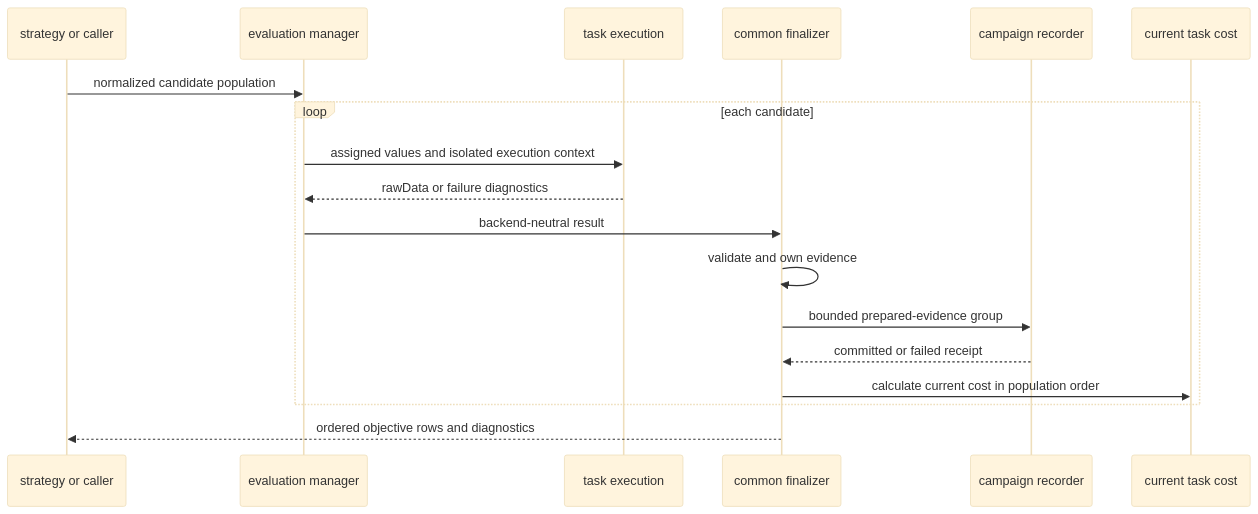
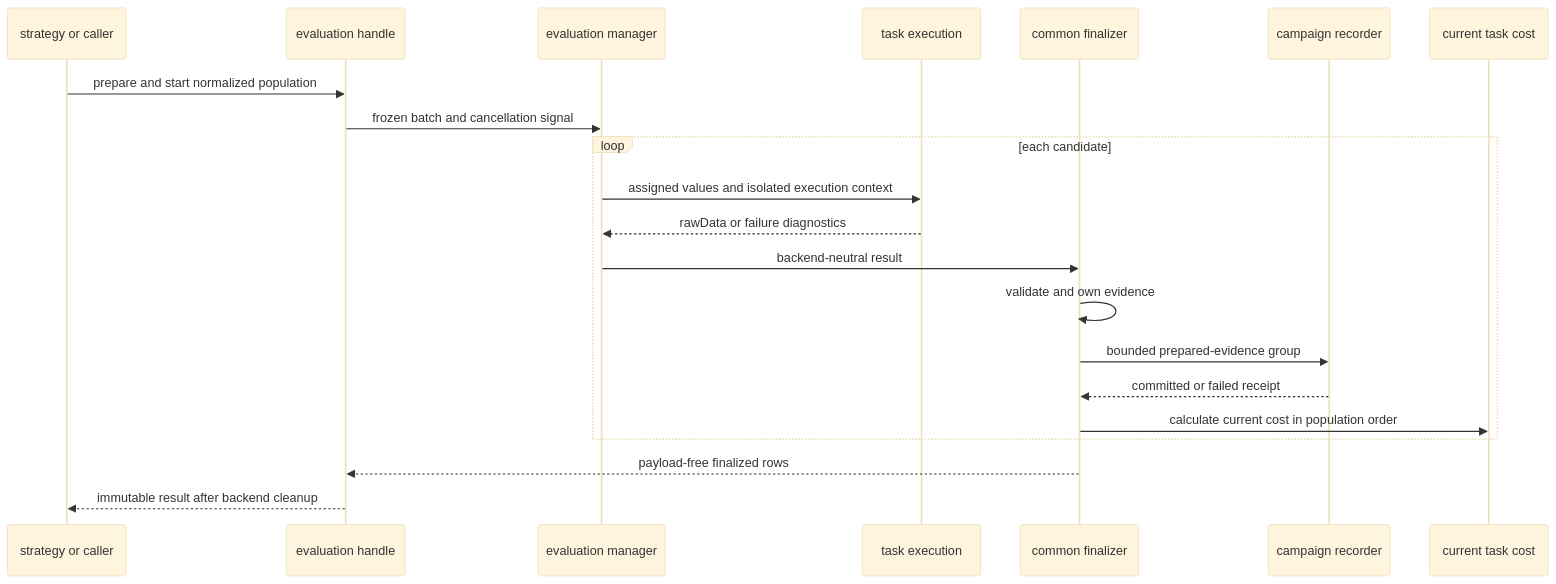
The diagram in dev_doc/architecture/4plus1_process_view.md (YS-Pan/yadof), drawn with Mermaid (base theme) before and after one commit. The commit also changed other lines of this file and 31 other files, not shown here.

Commit message:
Add unified evaluation handle lifecycle

````diff
--- a/dev_doc/architecture/4plus1_process_view.md
+++ b/dev_doc/architecture/4plus1_process_view.md
@@ -5,20 +5,23 @@
 ```mermaid
 sequenceDiagram
     participant O as strategy or caller
+    participant H as evaluation handle
     participant E as evaluation manager
     participant T as task execution
     participant F as common finalizer
     participant R as campaign recorder
     participant C as current task cost
-    O->>E: normalized candidate population
+    O->>H: prepare and start normalized population
+    H->>E: frozen batch and cancellation signal
     loop each candidate
         E->>T: assigned values and isolated execution context
         T-->>E: rawData or failure diagnostics
         E->>F: backend-neutral result
         F->>F: validate and own evidence
         F->>R: bounded prepared-evidence group
         R-->>F: committed or failed receipt
         F->>C: calculate current cost in population order
     end
-    F-->>O: ordered objective rows and diagnostics
+    F-->>H: payload-free finalized rows
+    H-->>O: immutable result after backend cleanup
 ```
````
